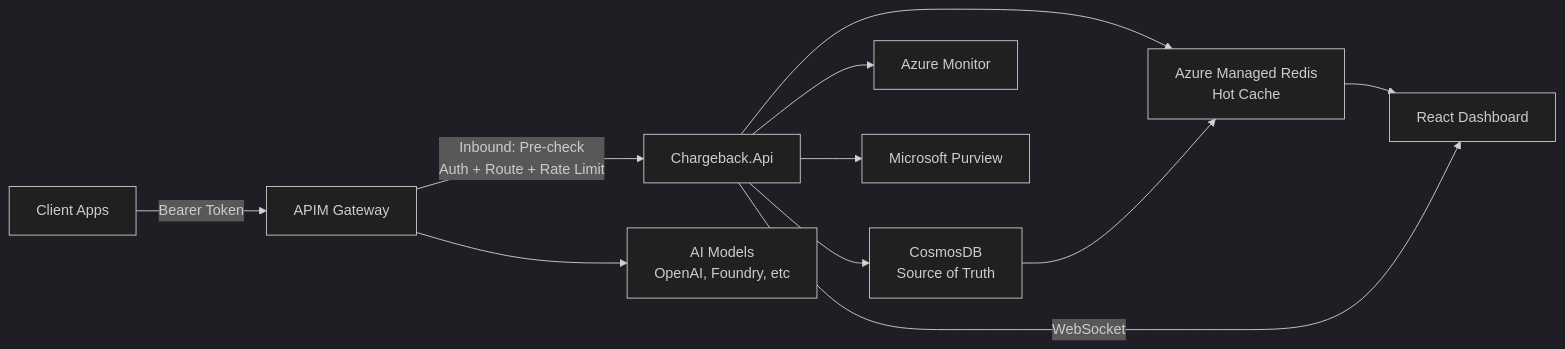
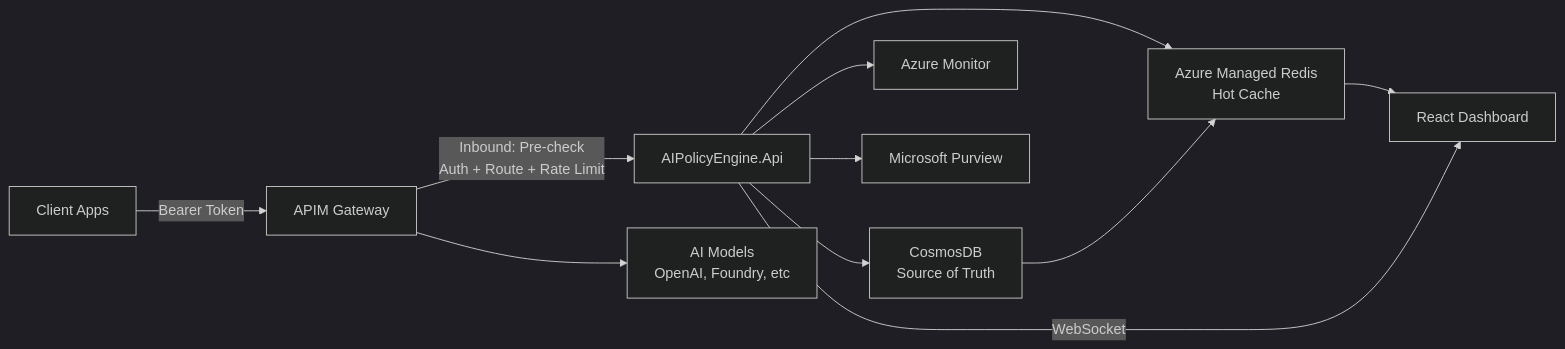
The diagram in README.md (seiggy/ai-policy-engine), drawn with Mermaid (dark theme) before and after one commit. The commit also changed other lines of this file and 27523 other files, not shown here.

Commit message:
Renamed the project to AI Policy Engine instead of Chargeback

````diff
--- a/README.md
+++ b/README.md
@@ -125,13 +123,13 @@
 ```mermaid
 graph LR
     A[Client Apps] -->|Bearer Token| B[APIM Gateway]
-    B -->|Inbound: Pre-check<br/>Auth + Route + Rate Limit| C[Chargeback.Api]
+    B -->|Inbound: Pre-check<br/>Auth + Route + Rate Limit| C[AIPolicyEngine.Api]
     B --> D[AI Models<br/>OpenAI, Foundry, etc]
     C --> E[Azure Managed Redis<br/>Hot Cache]
     C --> F[CosmosDB<br/>Source of Truth]
     C --> G[Azure Monitor]
     C --> H[Microsoft Purview]
     F --> E
     E --> I[React Dashboard]
     C -->|WebSocket| I
 ```
````
